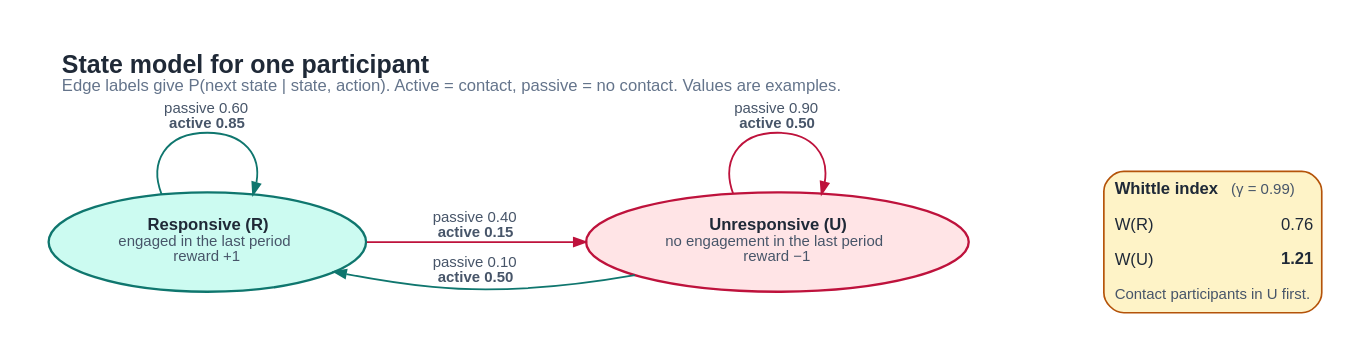
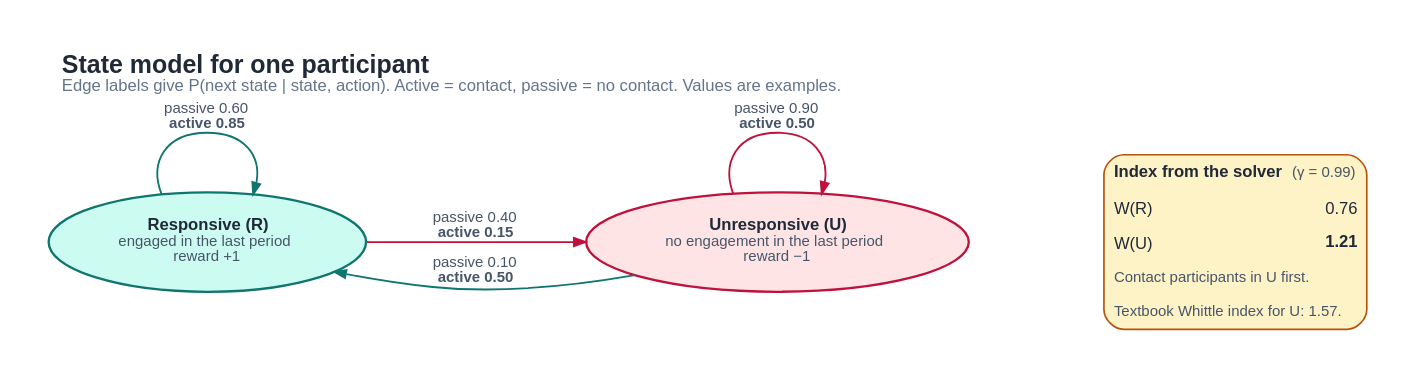
One commit to bhi5hmaraj/bandicoot changed the diagram in docs/diagrams/state-model.dot. Above: the diagram before and after it, drawn with Graphviz. The commit also changed 36 other files, not shown here.

```diff
--- a/docs/diagrams/state-model.dot
+++ b/docs/diagrams/state-model.dot
@@ -1,34 +1,35 @@
 // The 2-state MDP for one participant, with example transition probabilities.
 // The Whittle index values come from bandicoot.core.whittle.compute_whittle_index
 // for these example probabilities with gamma = 0.99.
 // Render: dot -Tsvg state-model.dot -o state-model.svg
 digraph StateModel {
     graph [rankdir=LR, bgcolor="#ffffff", pad="0.3", nodesep="0.5", ranksep="1.1",
            labelloc=t, labeljust=l,
            fontname="Helvetica,Arial,sans-serif", fontsize=10, fontcolor="#1f2937"];
     node  [shape=ellipse, style=filled, penwidth=1.4, margin="0.2,0.1",
            fontname="Helvetica,Arial,sans-serif", fontsize=10, fontcolor="#1f2937"];
     edge  [color="#64748b", penwidth=1.1, arrowsize=0.7,
            fontname="Helvetica,Arial,sans-serif", fontsize=9, fontcolor="#475569"];
 
     R [label=<<b>Responsive (R)</b><br/><font point-size="9" color="#475569">engaged in the last period</font><br/><font point-size="9" color="#475569">reward +1</font>>,
        fillcolor="#ccfbf1", color="#0f766e"];
     U [label=<<b>Unresponsive (U)</b><br/><font point-size="9" color="#475569">no engagement in the last period</font><br/><font point-size="9" color="#475569">reward −1</font>>,
        fillcolor="#ffe4e6", color="#be123c"];
 
     R -> R [label=<passive 0.60<br/><b>active 0.85</b>>, color="#0f766e"];
     R -> U [label=<passive 0.40<br/><b>active 0.15</b>>, color="#be123c"];
     U -> R [label=<passive 0.10<br/><b>active 0.50</b>>, color="#0f766e"];
     U -> U [label=<passive 0.90<br/><b>active 0.50</b>>, color="#be123c"];
 
     index [shape=plain, style="", label=<
         <table border="1" cellborder="0" cellspacing="0" cellpadding="5" color="#b45309" bgcolor="#fef3c7" style="rounded">
-          <tr><td align="left" colspan="2"><b>Whittle index</b>  <font point-size="9" color="#475569">(γ = 0.99)</font></td></tr>
+          <tr><td align="left" colspan="2"><b>Index from the solver</b>  <font point-size="9" color="#475569">(γ = 0.99)</font></td></tr>
           <tr><td align="left">W(R)</td><td align="right">0.76</td></tr>
           <tr><td align="left">W(U)</td><td align="right"><b>1.21</b></td></tr>
           <tr><td align="left" colspan="2"><font point-size="9" color="#475569">Contact participants in U first.</font></td></tr>
+          <tr><td align="left" colspan="2"><font point-size="9" color="#475569">Textbook Whittle index for U: 1.57.</font></td></tr>
         </table>>];
     U -> index [style=invis];
 
     label=<<font point-size="15"><b>State model for one participant</b></font><br align="left"/><font point-size="10" color="#64748b">Edge labels give P(next state | state, action). Active = contact, passive = no contact. Values are examples.</font><br align="left"/>>;
 }
```
